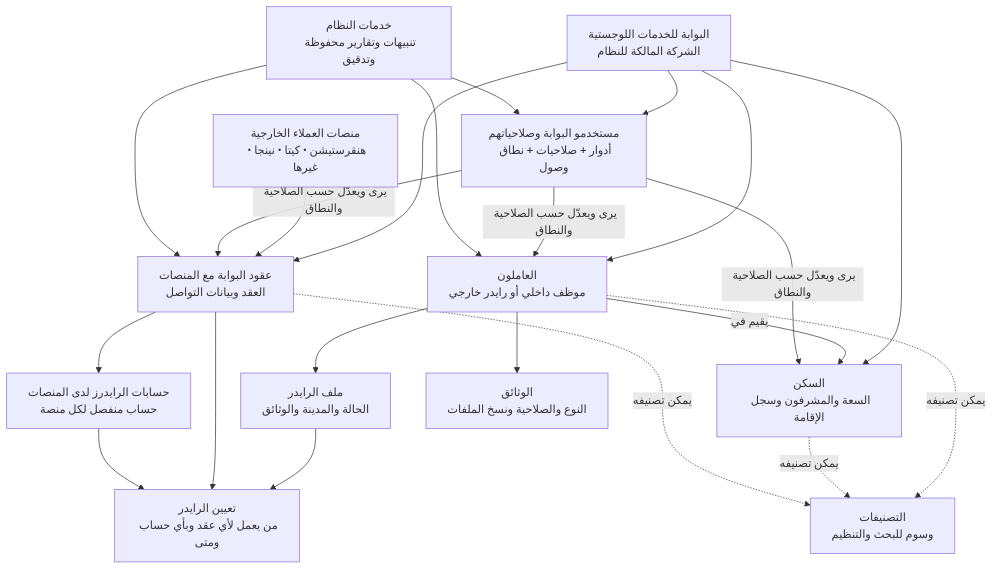
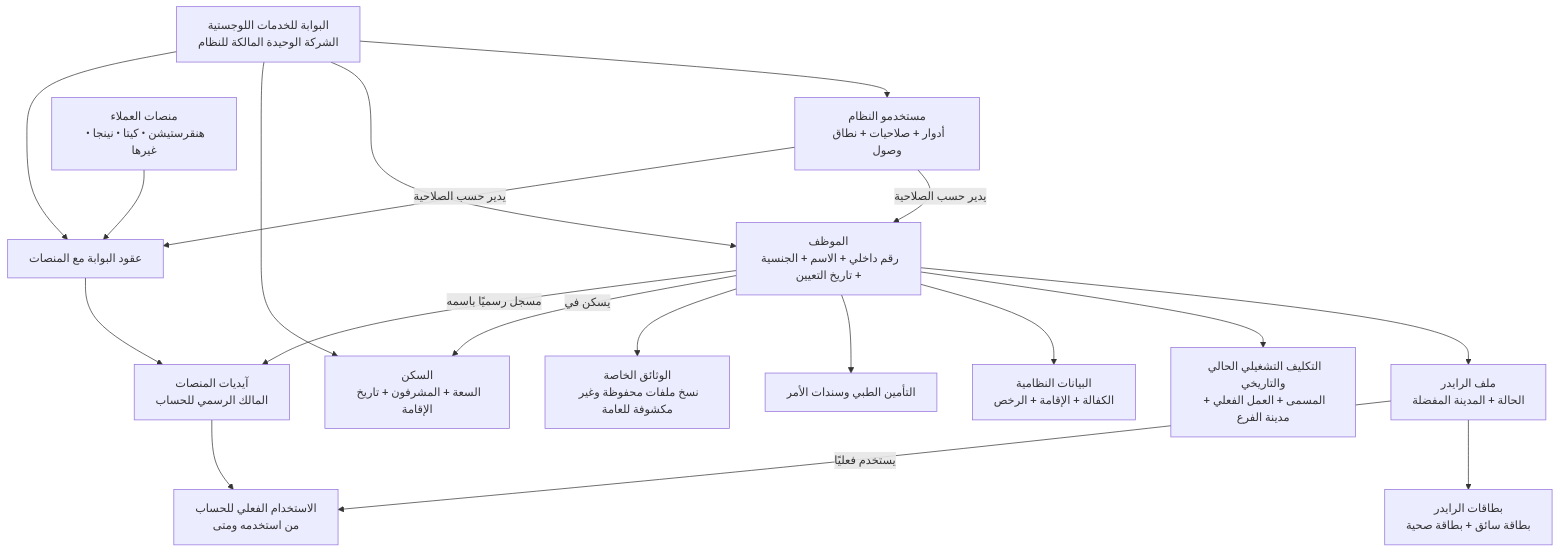
Before and after one commit to OmarAbdelrahmn/Logistic-ERP: the first of 3 diagrams in docs/system-models-ar.md, drawn with Mermaid. The commit also changed other lines of this file and 107 other files, not shown here.

````diff
--- a/docs/system-models-ar.md
+++ b/docs/system-models-ar.md
@@ -5,37 +7,36 @@
 ```mermaid
 flowchart TB
-    COMPANY["البوابة للخدمات اللوجستية<br/>الشركة المالكة للنظام"]
-    USERS["مستخدمو البوابة وصلاحياتهم<br/>أدوار + صلاحيات + نطاق وصول"]
-    PEOPLE["العاملون<br/>موظف داخلي أو رايدر خارجي"]
-    RIDER["ملف الرايدر<br/>الحالة والمدينة والوثائق"]
-    HOUSING["السكن<br/>السعة والمشرفون وسجل الإقامة"]
-    PLATFORMS["منصات العملاء الخارجية<br/>هنقرستيشن • كيتا • نينجا • غيرها"]
-    CLIENTS["عقود البوابة مع المنصات<br/>العقد وبيانات التواصل"]
-    ACCOUNTS["حسابات الرايدرز لدى المنصات<br/>حساب منفصل لكل منصة"]
-    ASSIGNMENTS["تعيين الرايدر<br/>من يعمل لأي عقد وبأي حساب ومتى"]
-    DOCS["الوثائق<br/>النوع والصلاحية ونسخ الملفات"]
-    TAGS["التصنيفات<br/>وسوم للبحث والتنظيم"]
-    SYSTEM["خدمات النظام<br/>تنبيهات وتقارير محفوظة وتدقيق"]
+    COMPANY["البوابة للخدمات اللوجستية<br/>الشركة الوحيدة المالكة للنظام"]
+    USERS["مستخدمو النظام<br/>أدوار + صلاحيات + نطاق وصول"]
+    EMPLOYEE["الموظف<br/>رقم داخلي + الاسم + الجنسية + تاريخ التعيين"]
+    RIDER["ملف الرايدر<br/>الحالة + المدينة المفضلة"]
+    OPERATION["التكليف التشغيلي الحالي والتاريخي<br/>المسمى + العمل الفعلي + مدينة الفرع"]
+    COMPLIANCE["البيانات النظامية<br/>الكفالة + الإقامة + الرخص"]
+    CARDS["بطاقات الرايدر<br/>بطاقة سائق + بطاقة صحية"]
+    FINANCIAL["التأمين الطبي وسندات الأمر"]
+    DOCS["الوثائق الخاصة<br/>نسخ ملفات محفوظة وغير مكشوفة للعامة"]
+    HOUSING["السكن<br/>السعة + المشرفون + تاريخ الإقامة"]
+    PLATFORMS["منصات العملاء<br/>هنقرستيشن • كيتا • نينجا • غيرها"]
+    CONTRACTS["عقود البوابة مع المنصات"]
+    ACCOUNTS["آيديات المنصات<br/>المالك الرسمي للحساب"]
+    ASSIGNMENTS["الاستخدام الفعلي للحساب<br/>من استخدمه ومتى"]
 
     COMPANY --> USERS
-    COMPANY --> PEOPLE
+    COMPANY --> EMPLOYEE
     COMPANY --> HOUSING
-    COMPANY --> CLIENTS
-    PLATFORMS --> CLIENTS
-    PEOPLE --> RIDER
-    PEOPLE -->|"يقيم في"| HOUSING
-    PEOPLE --> DOCS
-    CLIENTS --> ACCOUNTS
-    RIDER --> ASSIGNMENTS
-    CLIENTS --> ASSIGNMENTS
+    COMPANY --> CONTRACTS
+    EMPLOYEE --> RIDER
+    EMPLOYEE --> OPERATION
+    EMPLOYEE --> COMPLIANCE
+    RIDER --> CARDS
+    EMPLOYEE --> FINANCIAL
+    EMPLOYEE --> DOCS
+    EMPLOYEE -->|"يسكن في"| HOUSING
+    PLATFORMS --> CONTRACTS
+    CONTRACTS --> ACCOUNTS
+    EMPLOYEE -->|"مسجل رسميًا باسمه"| ACCOUNTS
+    RIDER -->|"يستخدم فعليًا"| ASSIGNMENTS
     ACCOUNTS --> ASSIGNMENTS
-    PEOPLE -. "يمكن تصنيفه" .-> TAGS
-    HOUSING -. "يمكن تصنيفه" .-> TAGS
-    CLIENTS -. "يمكن تصنيفه" .-> TAGS
-    USERS -->|"يرى ويعدّل حسب الصلاحية والنطاق"| PEOPLE
-    USERS -->|"يرى ويعدّل حسب الصلاحية والنطاق"| HOUSING
-    USERS -->|"يرى ويعدّل حسب الصلاحية والنطاق"| CLIENTS
-    SYSTEM --> USERS
-    SYSTEM --> PEOPLE
-    SYSTEM --> CLIENTS
+    USERS -->|"يدير حسب الصلاحية"| EMPLOYEE
+    USERS -->|"يدير حسب الصلاحية"| CONTRACTS
 ```
````
